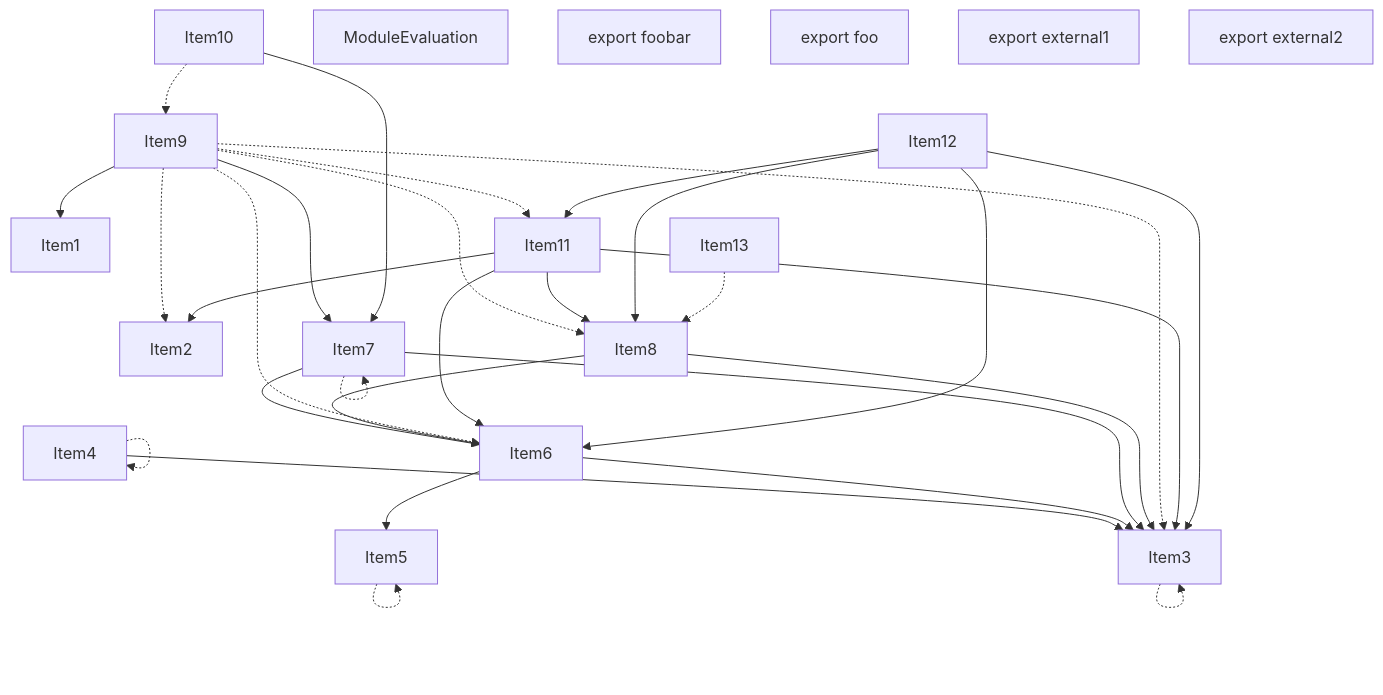
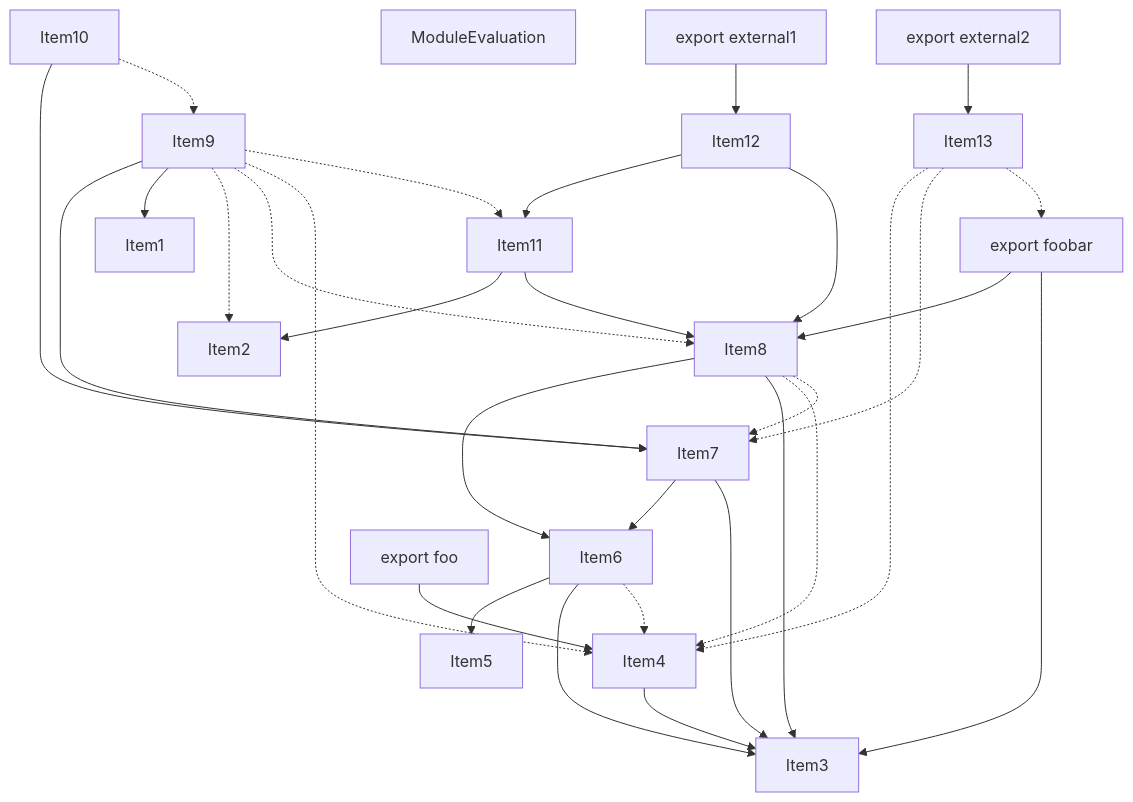
The third of 5 diagrams in crates/turbopack-ecmascript/tests/tree-shaker/analyzer/1/output.md (darkred/turbo), drawn with Mermaid before and after one commit. The commit also changed other lines of this file and 22 other files, not shown here.

````diff
--- a/crates/turbopack-ecmascript/tests/tree-shaker/analyzer/1/output.md
+++ b/crates/turbopack-ecmascript/tests/tree-shaker/analyzer/1/output.md
@@ -224,55 +227,56 @@
 ```mermaid
 graph TD
     Item1;
     Item2;
     Item3;
     Item4;
     Item5;
     Item6;
     Item7;
     Item8;
     Item9;
     Item10;
     Item11;
     Item12;
     Item13;
     Item14;
     Item14["ModuleEvaluation"];
     Item15;
     Item15["export foobar"];
     Item16;
     Item16["export foo"];
     Item17;
     Item17["export external1"];
     Item18;
     Item18["export external2"];
-    Item3 -.-> Item3;
     Item4 --> Item3;
-    Item4 -.-> Item4;
-    Item5 -.-> Item5;
     Item6 --> Item5;
     Item6 --> Item3;
+    Item6 -.-> Item4;
+    Item7 --> Item6;
     Item7 --> Item3;
-    Item7 --> Item6;
-    Item7 -.-> Item7;
+    Item8 --> Item6;
     Item8 --> Item3;
-    Item8 --> Item6;
+    Item8 -.-> Item4;
+    Item8 -.-> Item7;
     Item9 --> Item7;
     Item9 --> Item1;
     Item9 -.-> Item2;
-    Item9 -.-> Item3;
-    Item9 -.-> Item6;
     Item9 -.-> Item8;
+    Item9 -.-> Item4;
     Item9 -.-> Item11;
     Item10 --> Item7;
     Item10 -.-> Item9;
+    Item15 --> Item8;
+    Item15 --> Item3;
+    Item16 --> Item4;
+    Item17 --> Item12;
+    Item18 --> Item13;
     Item11 --> Item2;
-    Item11 --> Item3;
-    Item11 --> Item6;
     Item11 --> Item8;
     Item12 --> Item11;
-    Item12 --> Item3;
-    Item12 --> Item6;
     Item12 --> Item8;
-    Item13 -.-> Item8;
+    Item13 -.-> Item4;
+    Item13 -.-> Item7;
+    Item13 -.-> Item15;
 ```
````
